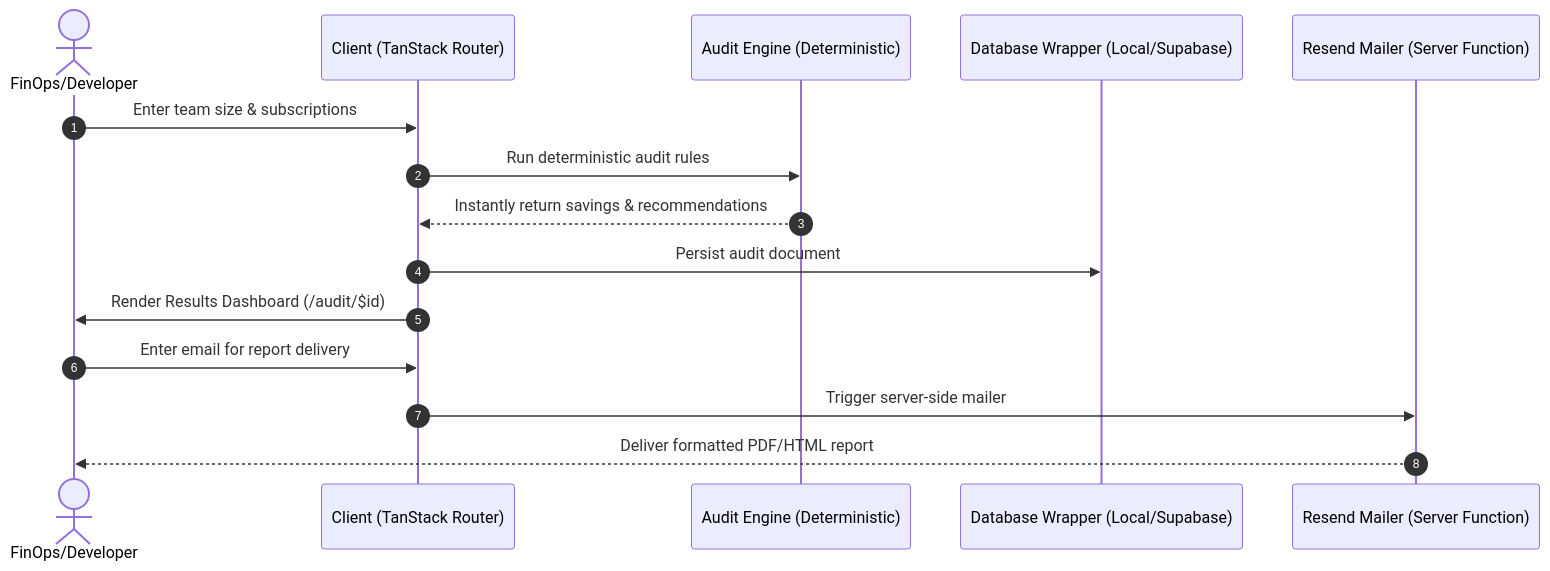
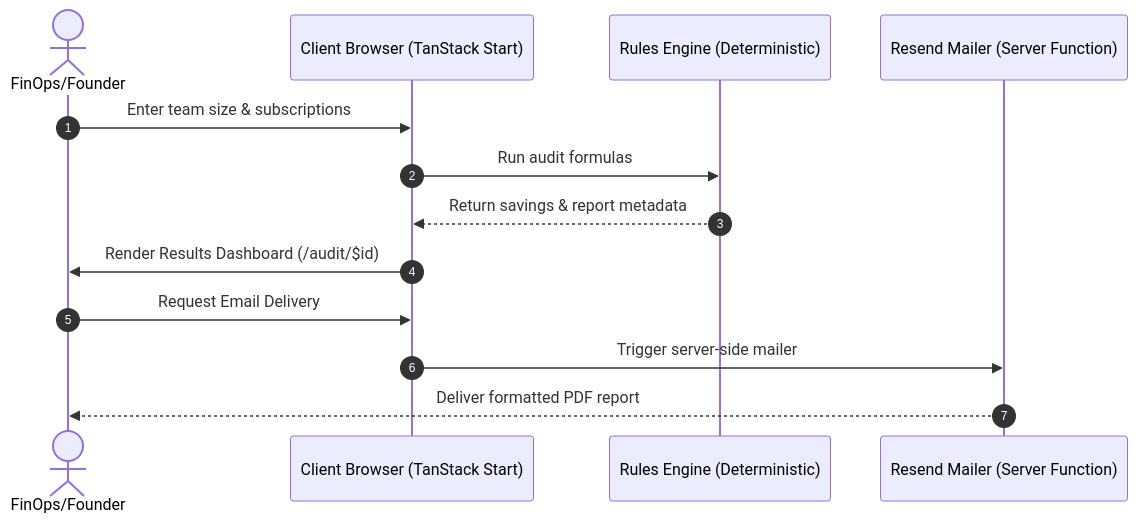
Before and after one commit to suvithsivakumar19-dotcom/spend-save-ai: the diagram in README.md, drawn with Mermaid. The commit also changed other lines of this file, not shown here.

````diff
--- a/README.md
+++ b/README.md
@@ -15,18 +18,16 @@
 ```mermaid
 sequenceDiagram
     autonumber
-    actor User as FinOps/Developer
-    participant Browser as Client (TanStack Router)
-    participant Engine as Audit Engine (Deterministic)
-    participant Storage as Database Wrapper (Local/Supabase)
-    participant Email as Resend Mailer (Server Function)
+    actor User as FinOps/Founder
+    participant Client as Client Browser (TanStack Start)
+    participant Engine as Rules Engine (Deterministic)
+    participant API as Resend Mailer (Server Function)
 
-    User->>Browser: Enter team size & subscriptions
-    Browser->>Engine: Run deterministic audit rules
-    Engine-->>Browser: Instantly return savings & recommendations
-    Browser->>Storage: Persist audit document
-    Browser->>User: Render Results Dashboard (/audit/$id)
-    User->>Browser: Enter email for report delivery
-    Browser->>Email: Trigger server-side mailer
-    Email-->>User: Deliver formatted PDF/HTML report
+    User->>Client: Enter team size & subscriptions
+    Client->>Engine: Run audit formulas
+    Engine-->>Client: Return savings & report metadata
+    Client->>User: Render Results Dashboard (/audit/$id)
+    User->>Client: Request Email Delivery
+    Client->>API: Trigger server-side mailer
+    API-->>User: Deliver formatted PDF report
 ```
````
